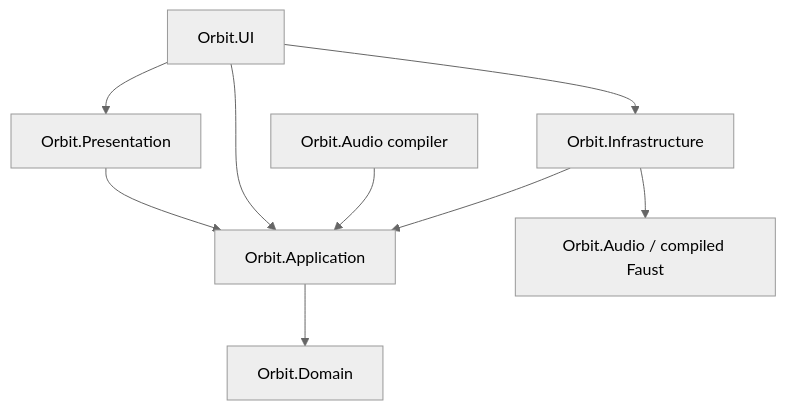
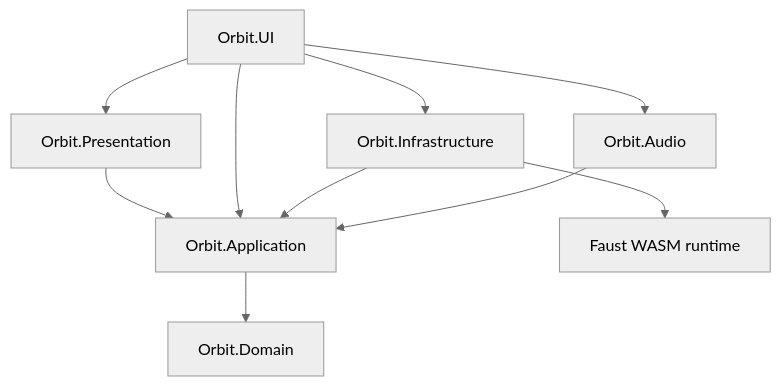
The first of 9 diagrams in README.md (wgabel/orbit2), drawn with Mermaid (neutral theme) before and after one commit. The commit also changed other lines of this file and 32 other files, not shown here.

Commit message:
Play editable patches through a lazy Faust compiler worker

````diff
--- a/README.md
+++ b/README.md
@@ -25,11 +27,12 @@
 ```mermaid
 flowchart TD
     UI["Orbit.UI"] --> Presentation["Orbit.Presentation"]
     Presentation --> Application["Orbit.Application"]
     UI --> Application
     UI --> Infrastructure["Orbit.Infrastructure"]
     Infrastructure --> Application
     Application --> Domain["Orbit.Domain"]
-    Compiler["Orbit.Audio compiler"] --> Application
-    Infrastructure --> DSP["Orbit.Audio / compiled Faust"]
+    UI --> Audio["Orbit.Audio"]
+    Audio --> Application
+    Infrastructure --> DSP["Faust WASM runtime"]
 ```
````
